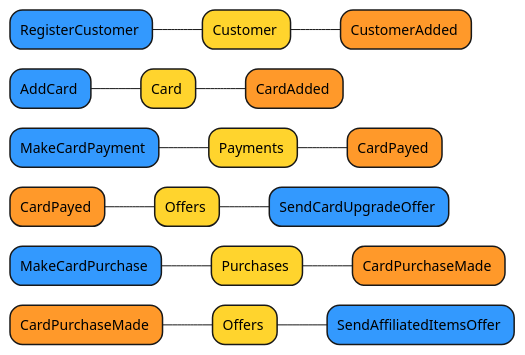
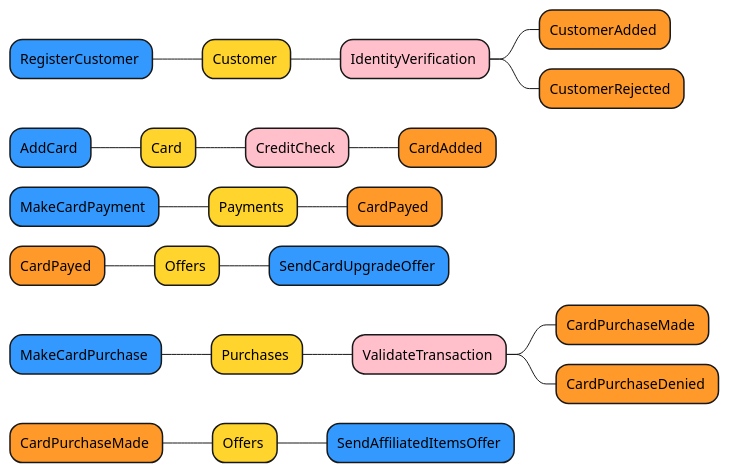
Before and after one commit to BusyByte/ICC-2023-06-17: the diagram in modules/type-driven-dev/docs/event-storming.puml, drawn with PlantUML. The commit also changed 7 other files, not shown here.

Commit message:
start to add traits and expand the event storming to include business activities

```diff
--- a/modules/type-driven-dev/docs/event-storming.puml
+++ b/modules/type-driven-dev/docs/event-storming.puml
@@ -1,36 +1,44 @@
 @startmindmap
 <style>
 mindmapDiagram {
   .aggregate {
     BackgroundColor #ffd42d
   }
   .action {
     BackgroundColor #3399fe
   }
   .event {
     BackgroundColor #ff992a
   }
   .view {
     BackgroundColor #5fc08b
   }
+  .business_process {
+    BackgroundColor pink
+  }
 }
 </style>
 + Customer <<aggregate>>
 -- RegisterCustomer <<action>>
-++ CustomerAdded <<event>>
+++ IdentityVerification <<business_process>>
++++ CustomerAdded <<event>>
++++ CustomerRejected <<event>>
 + Card <<aggregate>>
 -- AddCard <<action>>
-++ CardAdded <<event>>
+++ CreditCheck <<business_process>>
++++ CardAdded <<event>>
 + Payments <<aggregate>>
 -- MakeCardPayment <<action>>
 ++ CardPayed <<event>>
 + Offers <<aggregate>>
 -- CardPayed <<event>>
 ++ SendCardUpgradeOffer <<action>>
 + Purchases <<aggregate>>
 -- MakeCardPurchase <<action>>
-++ CardPurchaseMade <<event>>
+++ ValidateTransaction <<business_process>>
++++ CardPurchaseMade <<event>>
++++ CardPurchaseDenied <<event>>
 + Offers <<aggregate>>
 -- CardPurchaseMade <<event>>
 ++ SendAffiliatedItemsOffer <<action>>
 @endmindmap
```
